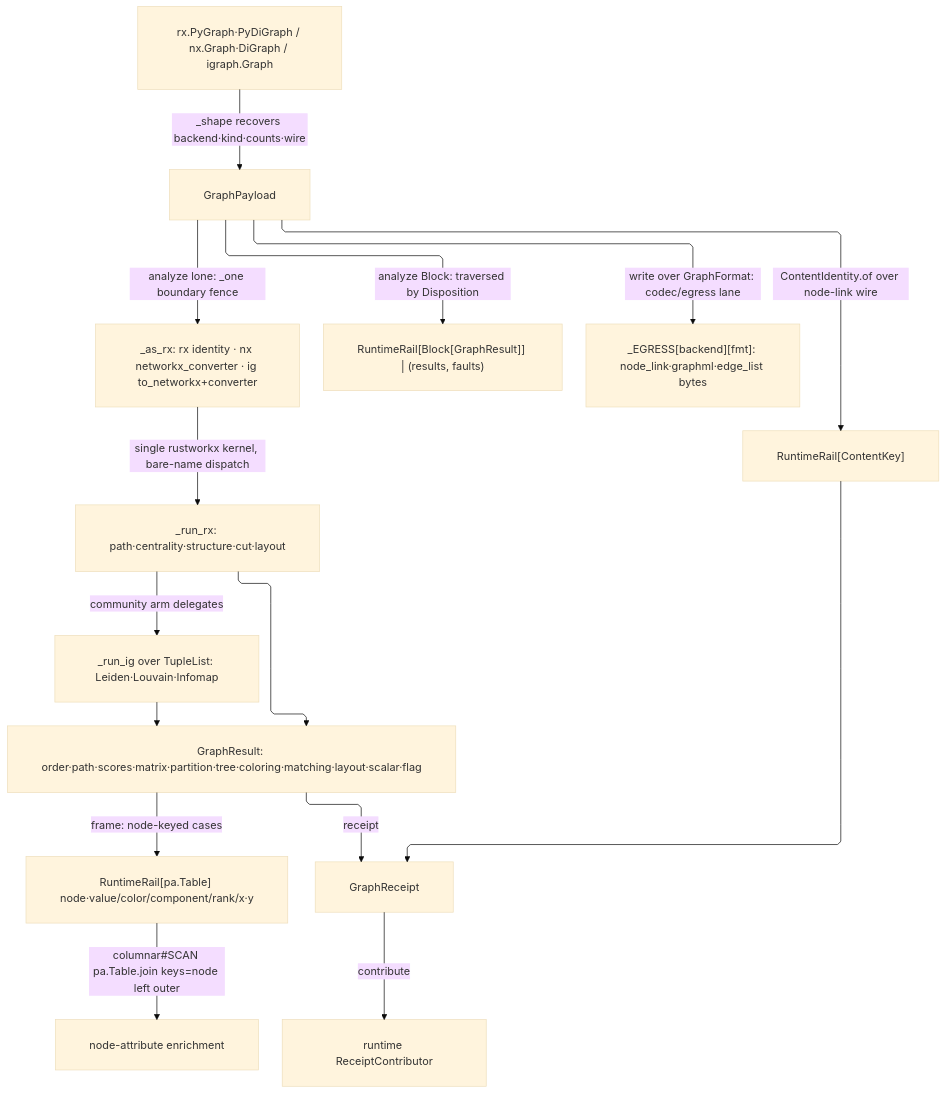
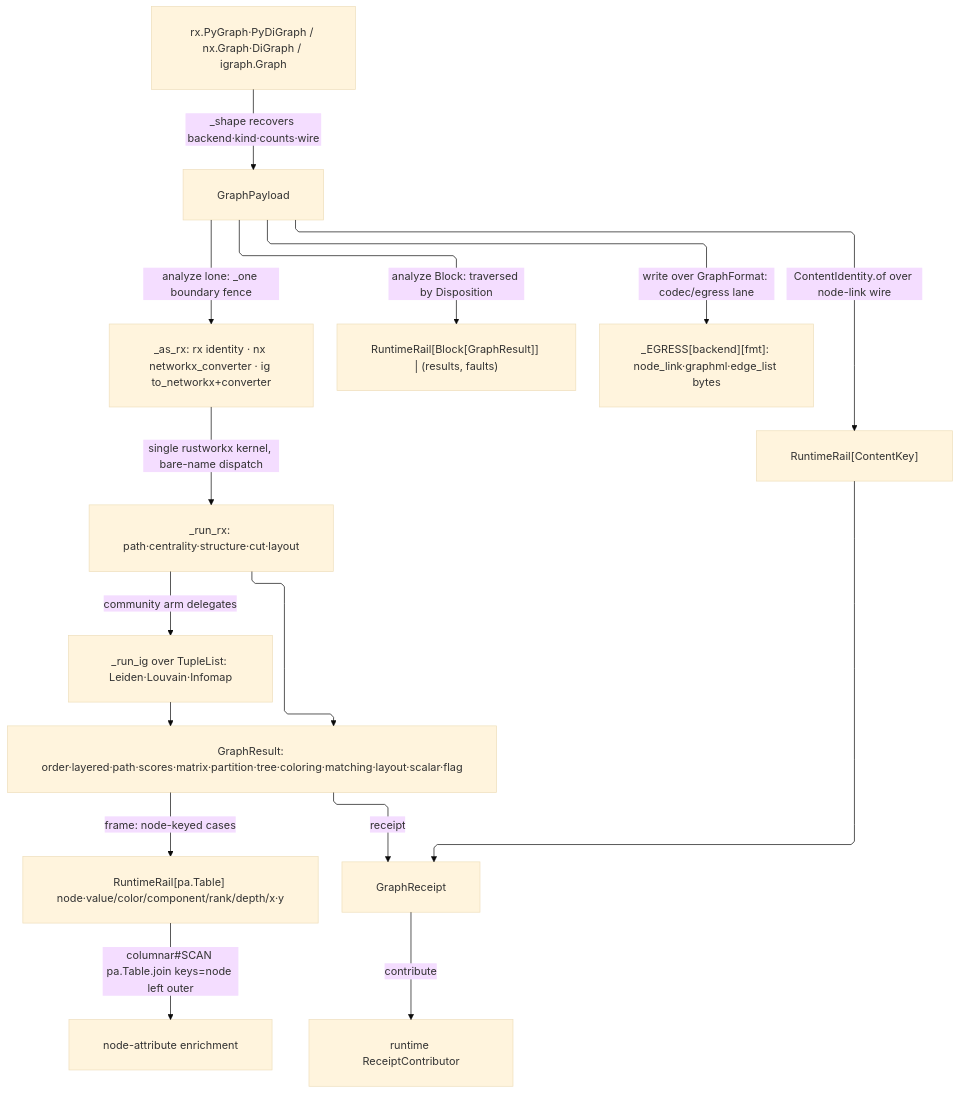
Before and after one commit to bsamiee/Rasm: the diagram in libs/python/data/.planning/graph/graph.md, drawn with Mermaid (base theme). The commit also changed other lines of this file and 818 other files, not shown here.

````diff
--- a/libs/python/data/.planning/graph/graph.md
+++ b/libs/python/data/.planning/graph/graph.md
@@ -590,26 +748,26 @@
 ```mermaid
 ---
 config:
   layout: elk
   flowchart:
     curve: linear
     padding: 25
 ---
 flowchart TD
     accTitle: Graph payload flow
     accDescr: Source admission into the payload, coercion onto the rustworkx kernel, the community delegation, result frames joining the tabular plane, and the receipt.
     src["rx.PyGraph·PyDiGraph / nx.Graph·DiGraph / igraph.Graph"] -->|_shape recovers backend·kind·counts·wire| payload["GraphPayload"]
     payload -->|ContentIdentity.of over node-link wire| key["RuntimeRail[ContentKey]"]
     payload -->|analyze lone: _one boundary fence| coerce["_as_rx: rx identity · nx networkx_converter · ig to_networkx+converter"]
     coerce -->|single rustworkx kernel, bare-name dispatch| rxk["_run_rx: path·centrality·structure·cut·layout"]
     rxk -->|community arm delegates| igk["_run_ig over TupleList: Leiden·Louvain·Infomap"]
-    rxk --> result["GraphResult: order·path·scores·matrix·partition·tree·coloring·matching·layout·scalar·flag"]
+    rxk --> result["GraphResult: order·layered·path·scores·matrix·partition·tree·coloring·matching·layout·scalar·flag"]
     igk --> result
     payload -->|analyze Block: traversed by Disposition| batch["RuntimeRail[Block[GraphResult]] | (results, faults)"]
     payload -->|write over GraphFormat: codec/egress lane| egress["_EGRESS[backend][fmt]: node_link·graphml·edge_list bytes"]
-    result -->|frame: node-keyed cases| node_frame["RuntimeRail[pa.Table] node·value/color/component/rank/x·y"]
+    result -->|frame: node-keyed cases| node_frame["RuntimeRail[pa.Table] node·value/color/component/rank/depth/x·y"]
     node_frame -->|columnar#SCAN pa.Table.join keys=node left outer| enrich["node-attribute enrichment"]
     result -->|receipt| receipt["GraphReceipt"]
     key --> receipt
     receipt -->|contribute| sink["runtime ReceiptContributor"]
 ```
````
